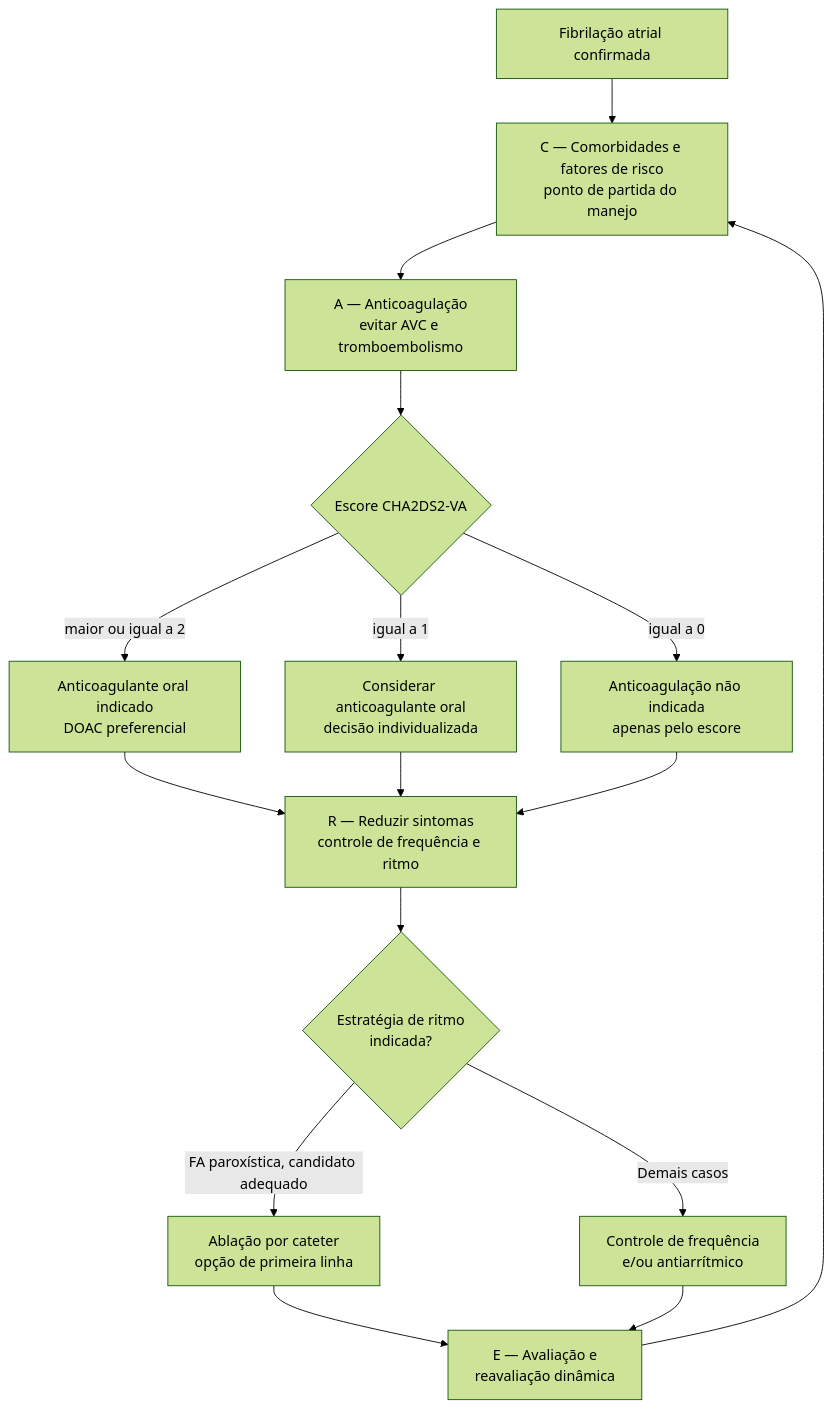
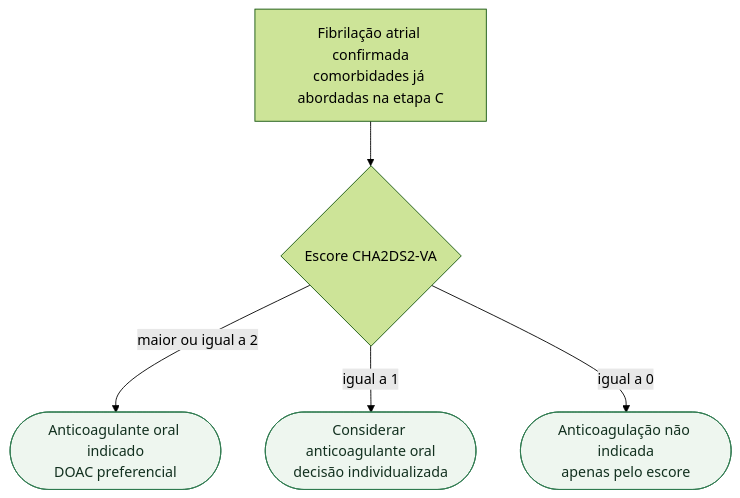
The first of 2 diagrams in content/Fibrilação_atrial/fluxograma-fibrilacao-atrial-af-care-esc-2024.md (rafaelpaesmeirelles/MeuCardio), drawn with Mermaid (forest theme) before and after one commit. The commit also changed other lines of this file and 18 other files, not shown here.

````diff
--- a/content/Fibrilação_atrial/fluxograma-fibrilacao-atrial-af-care-esc-2024.md
+++ b/content/Fibrilação_atrial/fluxograma-fibrilacao-atrial-af-care-esc-2024.md
@@ -21,23 +34,11 @@
 ```mermaid
 flowchart TD
-  A["Fibrilação atrial confirmada"] --> C["C — Comorbidades e fatores de risco<br/>ponto de partida do manejo"]
+  R0["Fibrilação atrial confirmada<br/>comorbidades já abordadas na etapa C"] --> D1{"Escore CHA2DS2-VA"}
 
-  C --> B["A — Anticoagulação<br/>evitar AVC e tromboembolismo"]
+  D1 -->|"maior ou igual a 2"| C1(["Anticoagulante oral indicado<br/>DOAC preferencial"])
+  D1 -->|"igual a 1"| C2(["Considerar anticoagulante oral<br/>decisão individualizada"])
+  D1 -->|"igual a 0"| C3(["Anticoagulação não indicada<br/>apenas pelo escore"])
 
-  B --> D{"Escore CHA2DS2-VA"}
-  D -->|"maior ou igual a 2"| E["Anticoagulante oral indicado<br/>DOAC preferencial"]
-  D -->|"igual a 1"| F["Considerar anticoagulante oral<br/>decisão individualizada"]
-  D -->|"igual a 0"| G["Anticoagulação não indicada<br/>apenas pelo escore"]
-
-  E --> H["R — Reduzir sintomas<br/>controle de frequência e ritmo"]
-  F --> H
-  G --> H
-
-  H --> I{"Estratégia de ritmo<br/>indicada?"}
-  I -->|"FA paroxística, candidato adequado"| J["Ablação por cateter<br/>opção de primeira linha"]
-  I -->|"Demais casos"| K["Controle de frequência<br/>e/ou antiarrítmico"]
-
-  J --> L["E — Avaliação e<br/>reavaliação dinâmica"]
-  K --> L
-  L --> C
+  classDef conduta fill:#eef6ef,stroke:#2f7a4f,color:#12301f;
+  class C1,C2,C3 conduta;
 ```
````
